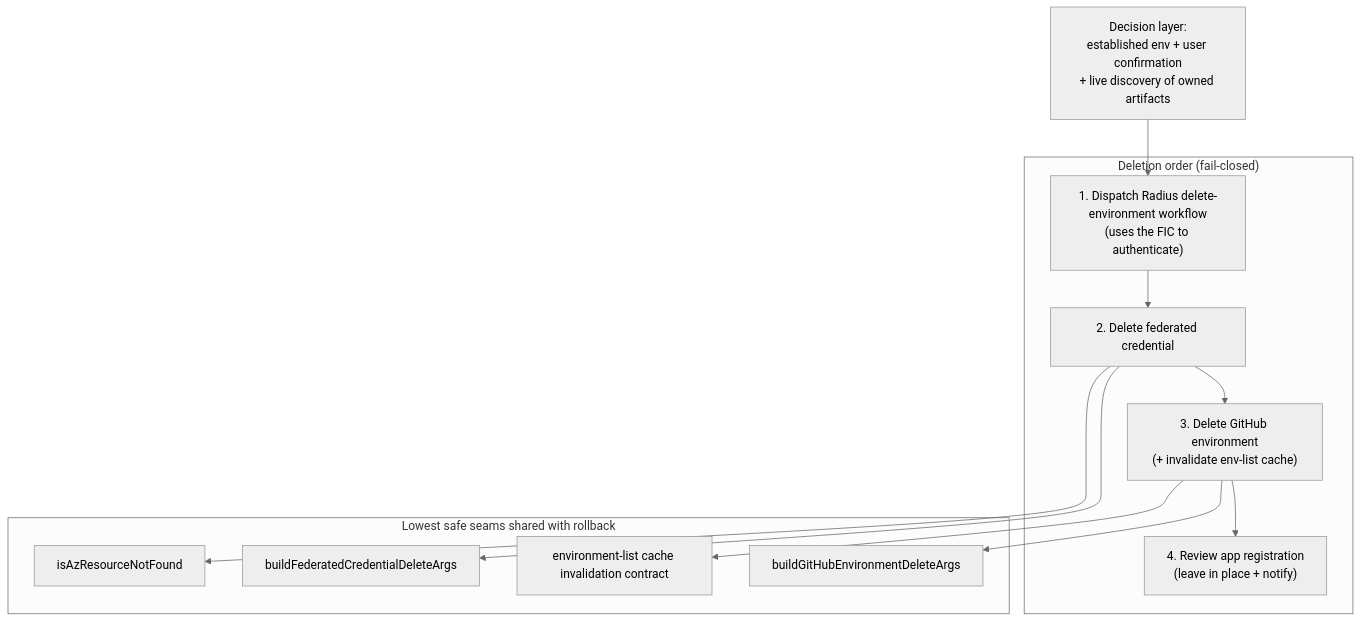
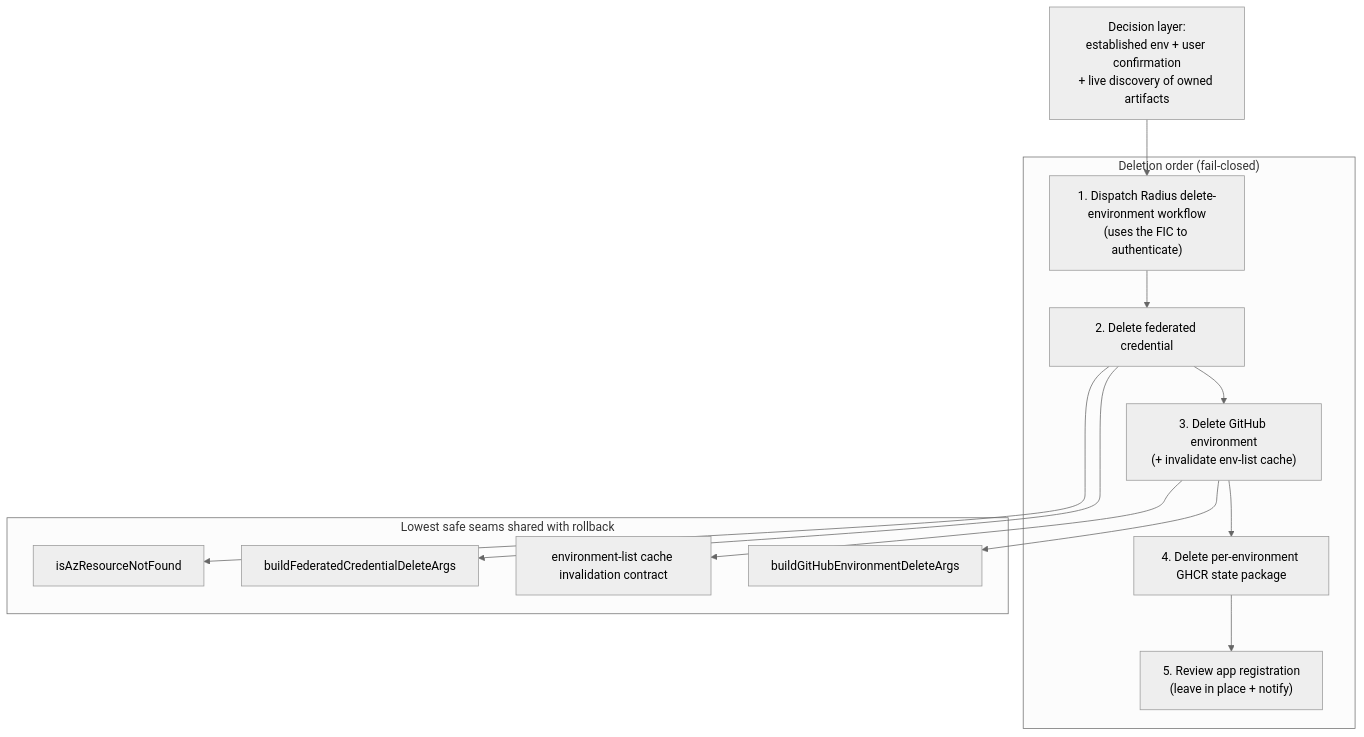
Before and after one commit to radius-project/ai-extensions: the first of 2 diagrams in docs/design/2026-08-environment-deletion-cloud-cleanup.md, drawn with Mermaid (neutral theme). The commit also changed other lines of this file and 11 other files, not shown here.

````diff
--- a/docs/design/2026-08-environment-deletion-cloud-cleanup.md
+++ b/docs/design/2026-08-environment-deletion-cloud-cleanup.md
@@ -107,21 +99,22 @@
 ```mermaid
 graph TD
   Confirm["Decision layer:<br/>established env + user confirmation<br/>+ live discovery of owned artifacts"]
   subgraph Order["Deletion order (fail-closed)"]
     S1["1. Dispatch Radius delete-environment workflow<br/>(uses the FIC to authenticate)"]
     S2["2. Delete federated credential"]
     S3["3. Delete GitHub environment<br/>(+ invalidate env-list cache)"]
-    S4["4. Review app registration<br/>(leave in place + notify)"]
+    S4["4. Delete per-environment GHCR state package"]
+    S5["5. Review app registration<br/>(leave in place + notify)"]
   end
   subgraph Shared["Lowest safe seams shared with rollback"]
     GHArgs["buildGitHubEnvironmentDeleteArgs"]
     AzArgs["buildFederatedCredentialDeleteArgs"]
     AzNotFound["isAzResourceNotFound"]
     Cache["environment-list cache invalidation contract"]
   end
-  Confirm --> S1 --> S2 --> S3 --> S4
+  Confirm --> S1 --> S2 --> S3 --> S4 --> S5
   S2 --> AzArgs
   S2 --> AzNotFound
   S3 --> GHArgs
   S3 --> Cache
 ```
````
